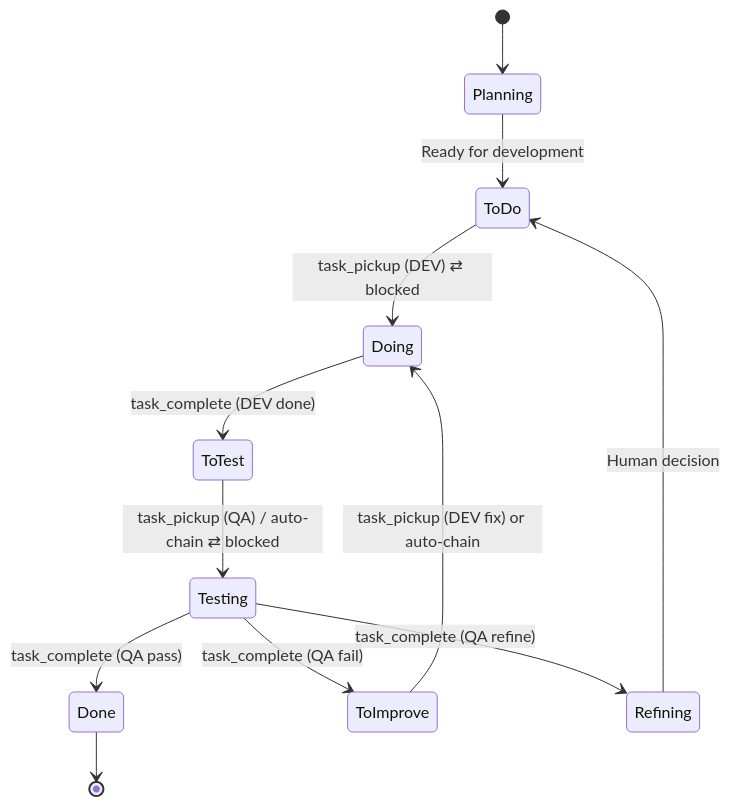
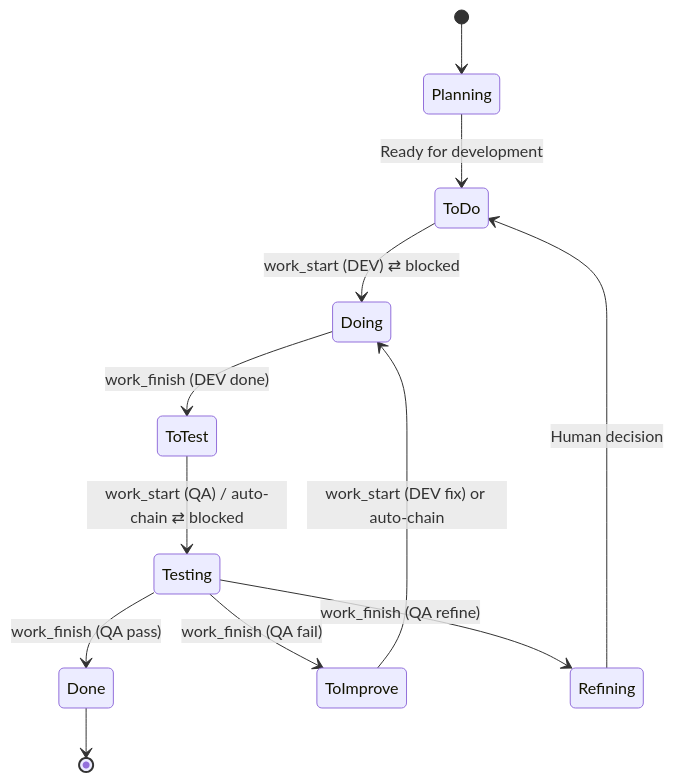
One commit to StrongheartedX/devclaw changed the first of 3 diagrams in README.md. Above: the diagram before and after it, drawn with Mermaid. The commit also changed other lines of this file and 10 other files, not shown here.

````diff
--- a/README.md
+++ b/README.md
@@ -87,18 +101,18 @@
 ```mermaid
 stateDiagram-v2
     [*] --> Planning
     Planning --> ToDo: Ready for development
 
-    ToDo --> Doing: task_pickup (DEV) ⇄ blocked
-    Doing --> ToTest: task_complete (DEV done)
+    ToDo --> Doing: work_start (DEV) ⇄ blocked
+    Doing --> ToTest: work_finish (DEV done)
 
-    ToTest --> Testing: task_pickup (QA) / auto-chain ⇄ blocked
-    Testing --> Done: task_complete (QA pass)
-    Testing --> ToImprove: task_complete (QA fail)
-    Testing --> Refining: task_complete (QA refine)
+    ToTest --> Testing: work_start (QA) / auto-chain ⇄ blocked
+    Testing --> Done: work_finish (QA pass)
+    Testing --> ToImprove: work_finish (QA fail)
+    Testing --> Refining: work_finish (QA refine)
 
-    ToImprove --> Doing: task_pickup (DEV fix) or auto-chain
+    ToImprove --> Doing: work_start (DEV fix) or auto-chain
     Refining --> ToDo: Human decision
 
     Done --> [*]
 ```
````
